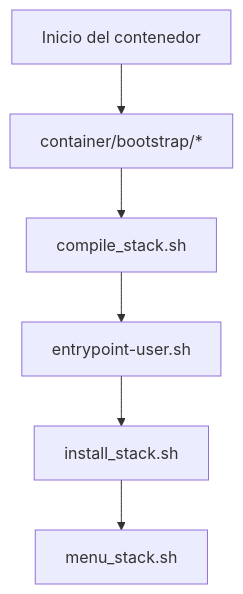
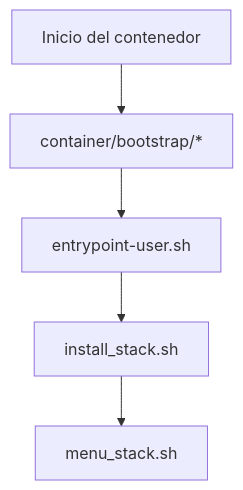
The diagram in docs/README.md (AoC-Gamers/Docker-L4D2-Competitive), drawn with Mermaid before and after one commit. The commit also changed other lines of this file and 14 other files, not shown here.

````diff
--- a/docs/README.md
+++ b/docs/README.md
@@ -55,8 +55,7 @@
 ```mermaid
 graph TD
     A[Inicio del contenedor] --> B[container/bootstrap/*]
-    B --> C[compile_stack.sh]
-    C --> D[entrypoint-user.sh]
-    D --> E[install_stack.sh]
-    E --> F[menu_stack.sh]
+    B --> C[entrypoint-user.sh]
+    C --> D[install_stack.sh]
+    D --> E[menu_stack.sh]
 ```
````
